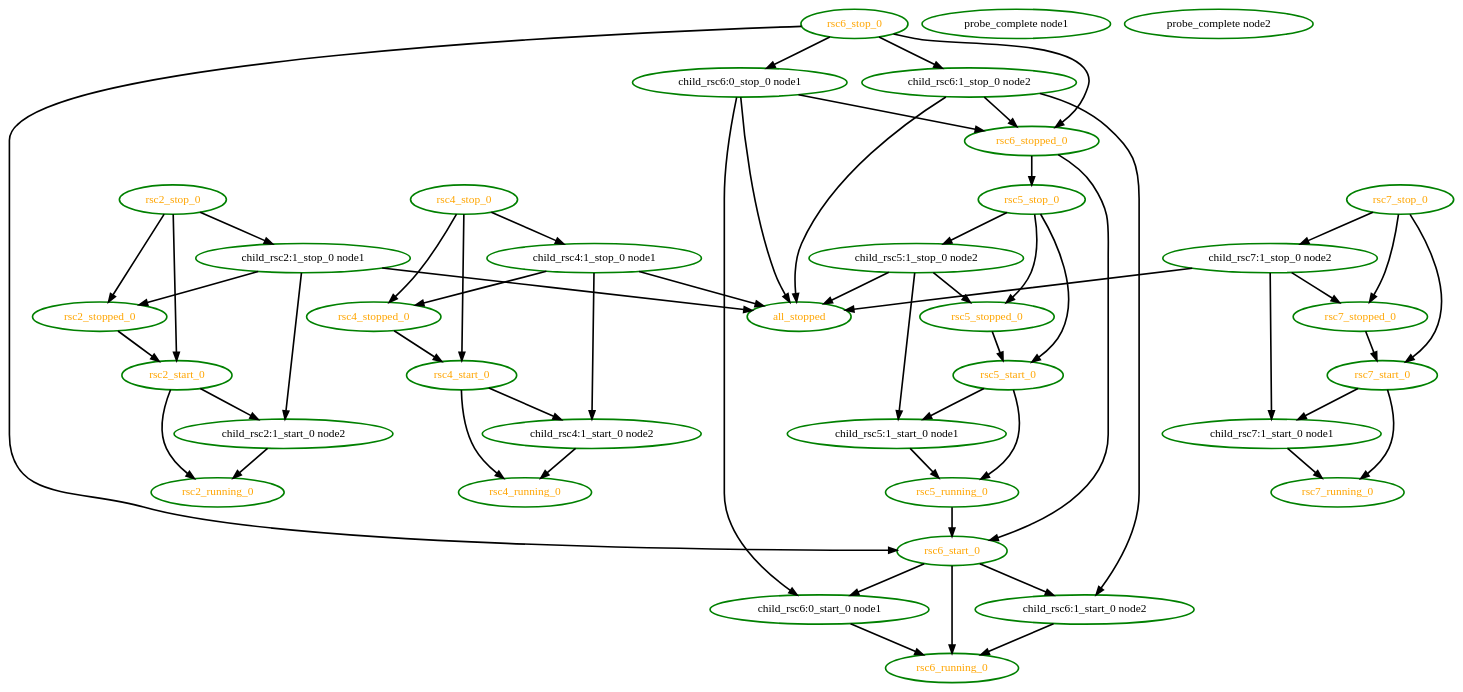
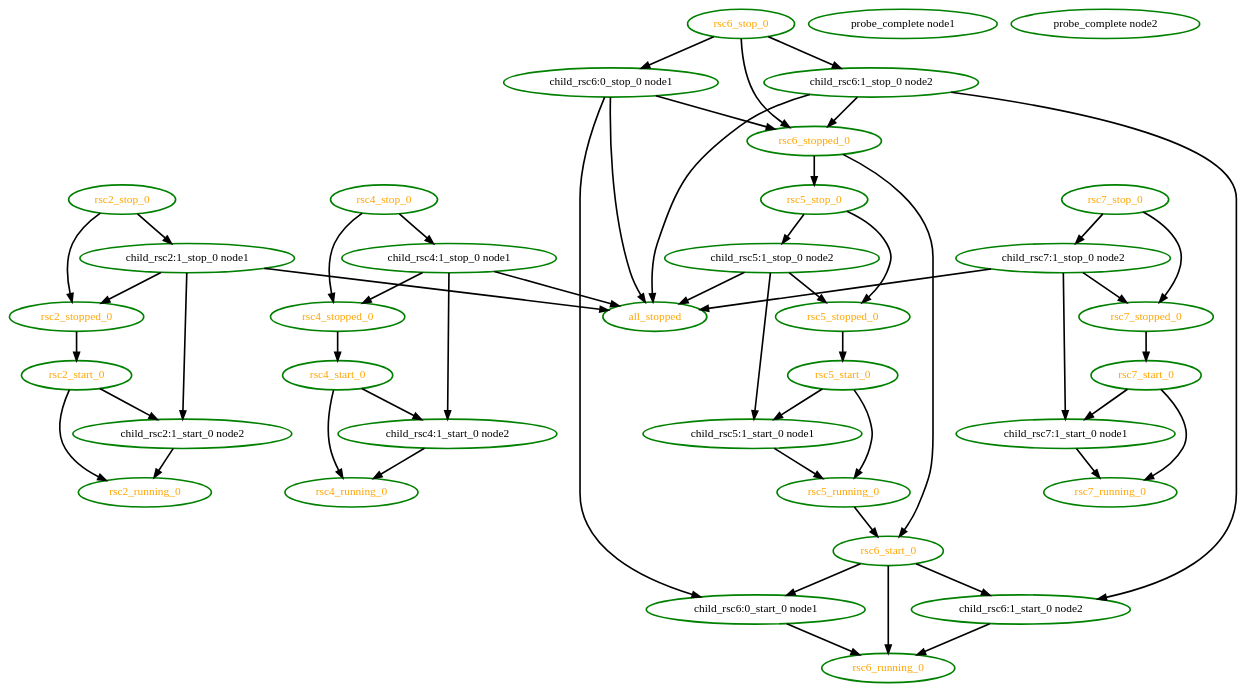
Before and after one commit to ClusterLabs/pacemaker: the diagram in pengine/test10/inc6.dot, drawn with Graphviz. The commit also changed 370 other files, not shown here.

```diff
--- a/pengine/test10/inc6.dot
+++ b/pengine/test10/inc6.dot
@@ -1,95 +1,90 @@
  digraph "g" {
 "all_stopped" [ style=bold color="green" fontcolor="orange"  ]
 "child_rsc2:1_start_0 node2" -> "rsc2_running_0" [ style = bold]
 "child_rsc2:1_start_0 node2" [ style=bold color="green" fontcolor="black" ]
 "child_rsc2:1_stop_0 node1" -> "all_stopped" [ style = bold]
 "child_rsc2:1_stop_0 node1" -> "child_rsc2:1_start_0 node2" [ style = bold]
 "child_rsc2:1_stop_0 node1" -> "rsc2_stopped_0" [ style = bold]
 "child_rsc2:1_stop_0 node1" [ style=bold color="green" fontcolor="black" ]
 "child_rsc4:1_start_0 node2" -> "rsc4_running_0" [ style = bold]
 "child_rsc4:1_start_0 node2" [ style=bold color="green" fontcolor="black" ]
 "child_rsc4:1_stop_0 node1" -> "all_stopped" [ style = bold]
 "child_rsc4:1_stop_0 node1" -> "child_rsc4:1_start_0 node2" [ style = bold]
 "child_rsc4:1_stop_0 node1" -> "rsc4_stopped_0" [ style = bold]
 "child_rsc4:1_stop_0 node1" [ style=bold color="green" fontcolor="black" ]
 "child_rsc5:1_start_0 node1" -> "rsc5_running_0" [ style = bold]
 "child_rsc5:1_start_0 node1" [ style=bold color="green" fontcolor="black" ]
 "child_rsc5:1_stop_0 node2" -> "all_stopped" [ style = bold]
 "child_rsc5:1_stop_0 node2" -> "child_rsc5:1_start_0 node1" [ style = bold]
 "child_rsc5:1_stop_0 node2" -> "rsc5_stopped_0" [ style = bold]
 "child_rsc5:1_stop_0 node2" [ style=bold color="green" fontcolor="black"  ]
 "child_rsc6:0_start_0 node1" -> "rsc6_running_0" [ style = bold]
 "child_rsc6:0_start_0 node1" [ style=bold color="green" fontcolor="black"  ]
 "child_rsc6:0_stop_0 node1" -> "all_stopped" [ style = bold]
 "child_rsc6:0_stop_0 node1" -> "child_rsc6:0_start_0 node1" [ style = bold]
 "child_rsc6:0_stop_0 node1" -> "rsc6_stopped_0" [ style = bold]
 "child_rsc6:0_stop_0 node1" [ style=bold color="green" fontcolor="black"  ]
 "child_rsc6:1_start_0 node2" -> "rsc6_running_0" [ style = bold]
 "child_rsc6:1_start_0 node2" [ style=bold color="green" fontcolor="black"  ]
 "child_rsc6:1_stop_0 node2" -> "all_stopped" [ style = bold]
 "child_rsc6:1_stop_0 node2" -> "child_rsc6:1_start_0 node2" [ style = bold]
 "child_rsc6:1_stop_0 node2" -> "rsc6_stopped_0" [ style = bold]
 "child_rsc6:1_stop_0 node2" [ style=bold color="green" fontcolor="black"  ]
 "child_rsc7:1_start_0 node1" -> "rsc7_running_0" [ style = bold]
 "child_rsc7:1_start_0 node1" [ style=bold color="green" fontcolor="black" ]
 "child_rsc7:1_stop_0 node2" -> "all_stopped" [ style = bold]
 "child_rsc7:1_stop_0 node2" -> "child_rsc7:1_start_0 node1" [ style = bold]
 "child_rsc7:1_stop_0 node2" -> "rsc7_stopped_0" [ style = bold]
 "child_rsc7:1_stop_0 node2" [ style=bold color="green" fontcolor="black" ]
 "probe_complete node1" [ style=bold color="green" fontcolor="black" ]
 "probe_complete node2" [ style=bold color="green" fontcolor="black" ]
 "rsc2_running_0" [ style=bold color="green" fontcolor="orange" ]
 "rsc2_start_0" -> "child_rsc2:1_start_0 node2" [ style = bold]
 "rsc2_start_0" -> "rsc2_running_0" [ style = bold]
 "rsc2_start_0" [ style=bold color="green" fontcolor="orange" ]
 "rsc2_stop_0" -> "child_rsc2:1_stop_0 node1" [ style = bold]
-"rsc2_stop_0" -> "rsc2_start_0" [ style = bold]
 "rsc2_stop_0" -> "rsc2_stopped_0" [ style = bold]
 "rsc2_stop_0" [ style=bold color="green" fontcolor="orange" ]
 "rsc2_stopped_0" -> "rsc2_start_0" [ style = bold]
 "rsc2_stopped_0" [ style=bold color="green" fontcolor="orange" ]
 "rsc4_running_0" [ style=bold color="green" fontcolor="orange" ]
 "rsc4_start_0" -> "child_rsc4:1_start_0 node2" [ style = bold]
 "rsc4_start_0" -> "rsc4_running_0" [ style = bold]
 "rsc4_start_0" [ style=bold color="green" fontcolor="orange" ]
 "rsc4_stop_0" -> "child_rsc4:1_stop_0 node1" [ style = bold]
-"rsc4_stop_0" -> "rsc4_start_0" [ style = bold]
 "rsc4_stop_0" -> "rsc4_stopped_0" [ style = bold]
 "rsc4_stop_0" [ style=bold color="green" fontcolor="orange" ]
 "rsc4_stopped_0" -> "rsc4_start_0" [ style = bold]
 "rsc4_stopped_0" [ style=bold color="green" fontcolor="orange" ]
 "rsc5_running_0" -> "rsc6_start_0" [ style = bold]
 "rsc5_running_0" [ style=bold color="green" fontcolor="orange" ]
 "rsc5_start_0" -> "child_rsc5:1_start_0 node1" [ style = bold]
 "rsc5_start_0" -> "rsc5_running_0" [ style = bold]
 "rsc5_start_0" [ style=bold color="green" fontcolor="orange" ]
 "rsc5_stop_0" -> "child_rsc5:1_stop_0 node2" [ style = bold]
-"rsc5_stop_0" -> "rsc5_start_0" [ style = bold]
 "rsc5_stop_0" -> "rsc5_stopped_0" [ style = bold]
 "rsc5_stop_0" [ style=bold color="green" fontcolor="orange" ]
 "rsc5_stopped_0" -> "rsc5_start_0" [ style = bold]
 "rsc5_stopped_0" [ style=bold color="green" fontcolor="orange" ]
 "rsc6_running_0" [ style=bold color="green" fontcolor="orange"  ]
 "rsc6_start_0" -> "child_rsc6:0_start_0 node1" [ style = bold]
 "rsc6_start_0" -> "child_rsc6:1_start_0 node2" [ style = bold]
 "rsc6_start_0" -> "rsc6_running_0" [ style = bold]
 "rsc6_start_0" [ style=bold color="green" fontcolor="orange" ]
 "rsc6_stop_0" -> "child_rsc6:0_stop_0 node1" [ style = bold]
 "rsc6_stop_0" -> "child_rsc6:1_stop_0 node2" [ style = bold]
-"rsc6_stop_0" -> "rsc6_start_0" [ style = bold]
 "rsc6_stop_0" -> "rsc6_stopped_0" [ style = bold]
 "rsc6_stop_0" [ style=bold color="green" fontcolor="orange"  ]
 "rsc6_stopped_0" -> "rsc5_stop_0" [ style = bold]
 "rsc6_stopped_0" -> "rsc6_start_0" [ style = bold]
 "rsc6_stopped_0" [ style=bold color="green" fontcolor="orange"  ]
 "rsc7_running_0" [ style=bold color="green" fontcolor="orange" ]
 "rsc7_start_0" -> "child_rsc7:1_start_0 node1" [ style = bold]
 "rsc7_start_0" -> "rsc7_running_0" [ style = bold]
 "rsc7_start_0" [ style=bold color="green" fontcolor="orange" ]
 "rsc7_stop_0" -> "child_rsc7:1_stop_0 node2" [ style = bold]
-"rsc7_stop_0" -> "rsc7_start_0" [ style = bold]
 "rsc7_stop_0" -> "rsc7_stopped_0" [ style = bold]
 "rsc7_stop_0" [ style=bold color="green" fontcolor="orange" ]
 "rsc7_stopped_0" -> "rsc7_start_0" [ style = bold]
 "rsc7_stopped_0" [ style=bold color="green" fontcolor="orange" ]
 }
```
